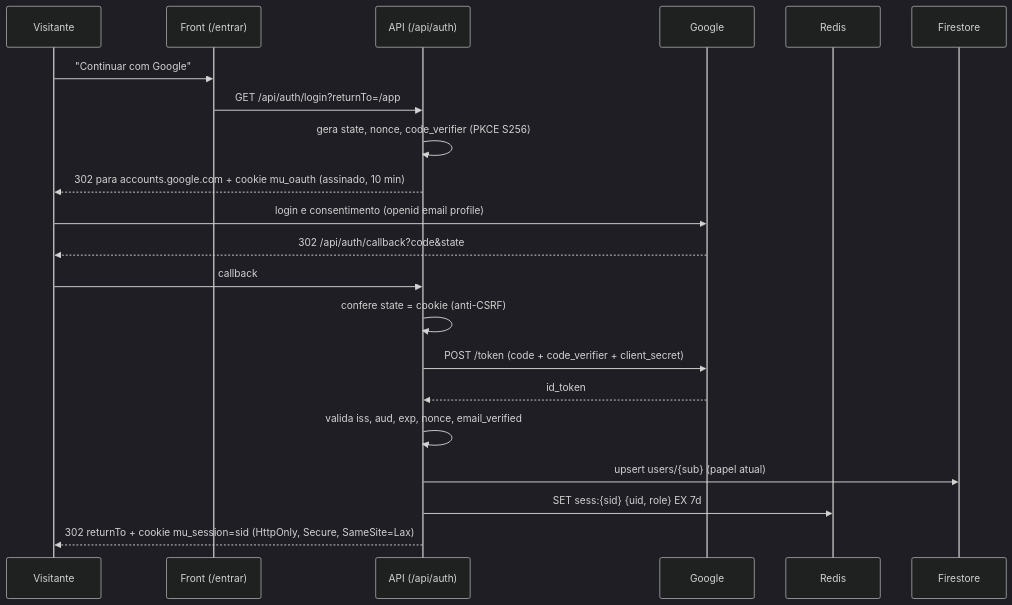
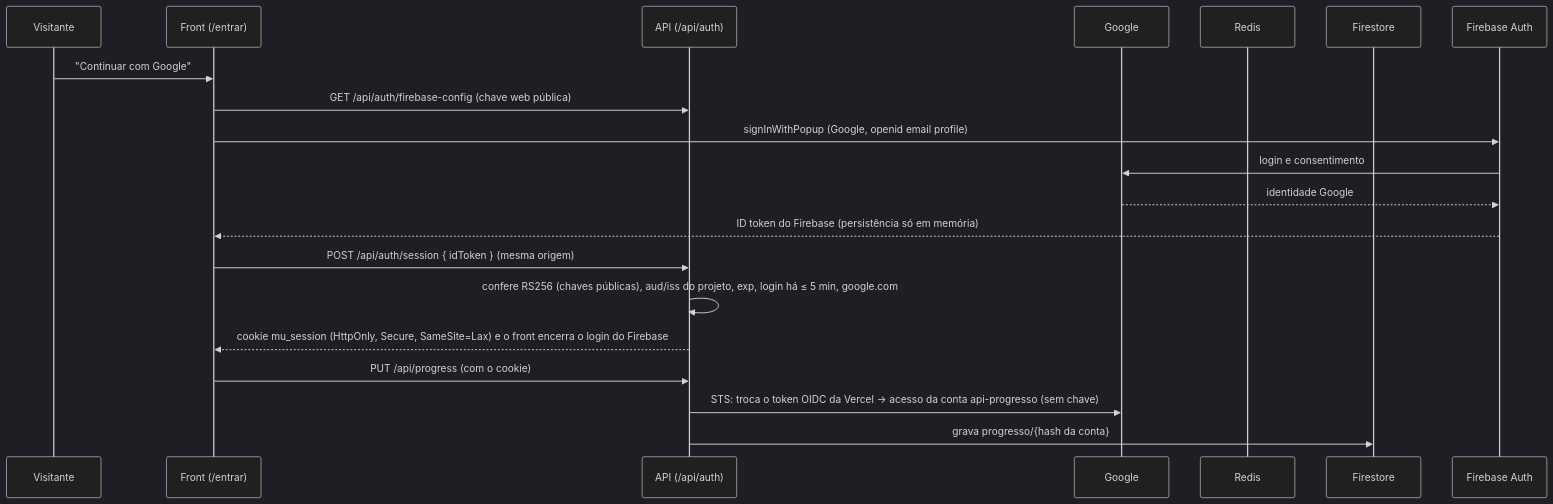
The second of 2 diagrams in docs/arquitetura.md (EneasDavid/memoria-urbana-maceio), drawn with Mermaid (dark theme) before and after one commit. The commit also changed other lines of this file and 39 other files, not shown here.

````diff
--- a/docs/arquitetura.md
+++ b/docs/arquitetura.md
@@ -71,23 +71,22 @@
 ```mermaid
 sequenceDiagram
   participant V as Visitante
   participant F as Front (/entrar)
   participant A as API (/api/auth)
   participant G as Google
   participant R as Redis
   participant D as Firestore
+  participant FB as Firebase Auth
   V->>F: "Continuar com Google"
-  F->>A: GET /api/auth/login?returnTo=/app
-  A->>A: gera state, nonce, code_verifier (PKCE S256)
-  A-->>V: 302 para accounts.google.com + cookie mu_oauth (assinado, 10 min)
-  V->>G: login e consentimento (openid email profile)
-  G-->>V: 302 /api/auth/callback?code&state
-  V->>A: callback
-  A->>A: confere state = cookie (anti-CSRF)
-  A->>G: POST /token (code + code_verifier + client_secret)
-  G-->>A: id_token
-  A->>A: valida iss, aud, exp, nonce, email_verified
-  A->>D: upsert users/{sub} (papel atual)
-  A->>R: SET sess:{sid} {uid, role} EX 7d
-  A-->>V: 302 returnTo + cookie mu_session=sid (HttpOnly, Secure, SameSite=Lax)
+  F->>A: GET /api/auth/firebase-config (chave web pública)
+  F->>FB: signInWithPopup (Google, openid email profile)
+  FB->>G: login e consentimento
+  G-->>FB: identidade Google
+  FB-->>F: ID token do Firebase (persistência só em memória)
+  F->>A: POST /api/auth/session { idToken } (mesma origem)
+  A->>A: confere RS256 (chaves públicas), aud/iss do projeto, exp, login há ≤ 5 min, google.com
+  A-->>F: cookie mu_session (HttpOnly, Secure, SameSite=Lax) e o front encerra o login do Firebase
+  F->>A: PUT /api/progress (com o cookie)
+  A->>G: STS: troca o token OIDC da Vercel → acesso da conta api-progresso (sem chave)
+  A->>D: grava progresso/{hash da conta}
 ```
````
